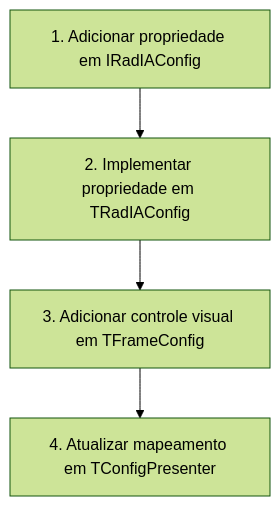
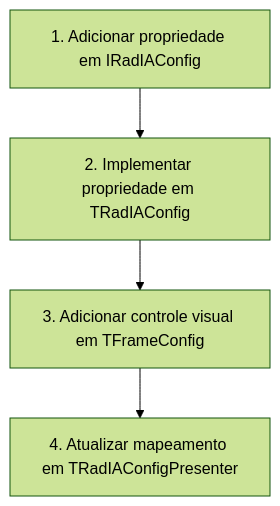
The diagram in docs/source_code_guide.md (regyssilveira/RadIA-Plugin), drawn with Mermaid (forest theme) before and after one commit. The commit also changed other lines of this file and 22 other files, not shown here.

````diff
--- a/docs/source_code_guide.md
+++ b/docs/source_code_guide.md
@@ -116,6 +116,6 @@
 ```mermaid
 graph TD
     A[1. Adicionar propriedade em IRadIAConfig] --> B[2. Implementar propriedade em TRadIAConfig]
     B --> C[3. Adicionar controle visual em TFrameConfig]
-    C --> D[4. Atualizar mapeamento em TConfigPresenter]
+    C --> D[4. Atualizar mapeamento em TRadIAConfigPresenter]
 ```
````
